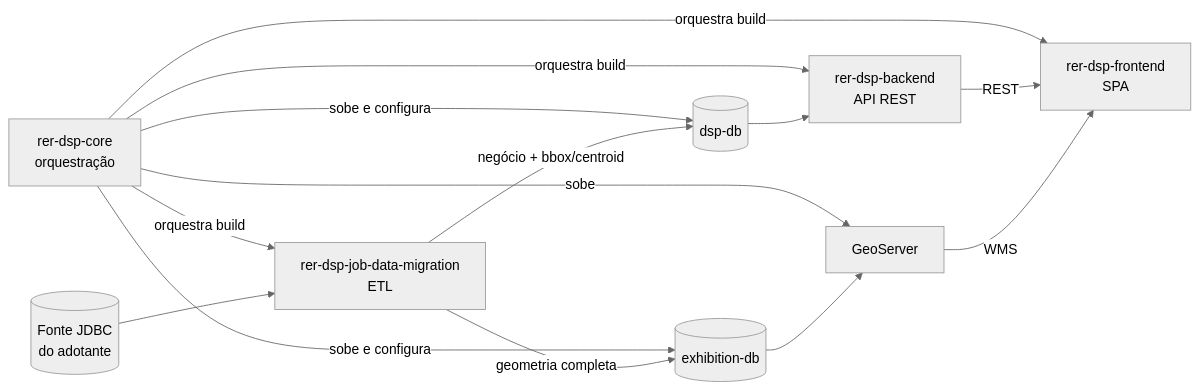
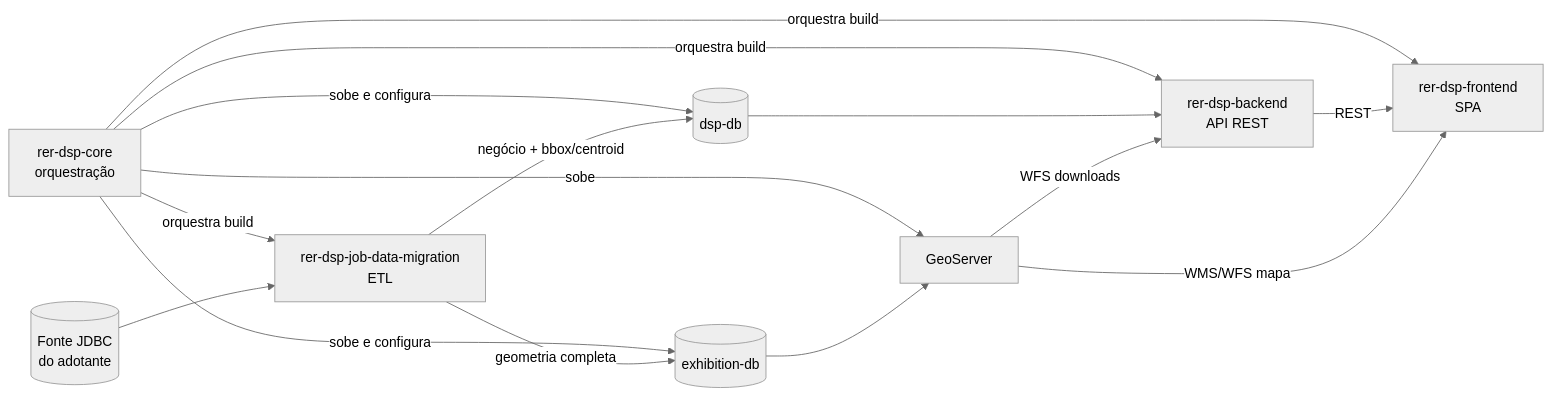
Before and after one commit to kleber-albino/rer-dsp-docs: the diagram in docs/modulos.md, drawn with Mermaid (neutral theme). The commit also changed 8 other files, not shown here.

First line of the commit message:
docs: update documentation to reflect WFS integration for downloads and backend changes

````diff
--- a/docs/modulos.md
+++ b/docs/modulos.md
@@ -17,26 +17,27 @@
 ```mermaid
 flowchart LR
   core["rer-dsp-core<br/>orquestração"]
   job["rer-dsp-job-data-migration<br/>ETL"]
   be["rer-dsp-backend<br/>API REST"]
   fe["rer-dsp-frontend<br/>SPA"]
   src[(Fonte JDBC<br/>do adotante)]
   dspdb[(dsp-db)]
   exdb[(exhibition-db)]
   gs[GeoServer]
 
   core -->|sobe e configura| dspdb
   core -->|sobe e configura| exdb
   core -->|sobe| gs
   core -->|orquestra build| job
   core -->|orquestra build| be
   core -->|orquestra build| fe
 
   src --> job
   job -->|negócio + bbox/centroid| dspdb
   job -->|geometria completa| exdb
   exdb --> gs
   dspdb --> be
   be -->|REST| fe
-  gs -->|WMS| fe
+  gs -->|WFS downloads| be
+  gs -->|WMS/WFS mapa| fe
 ```
````
